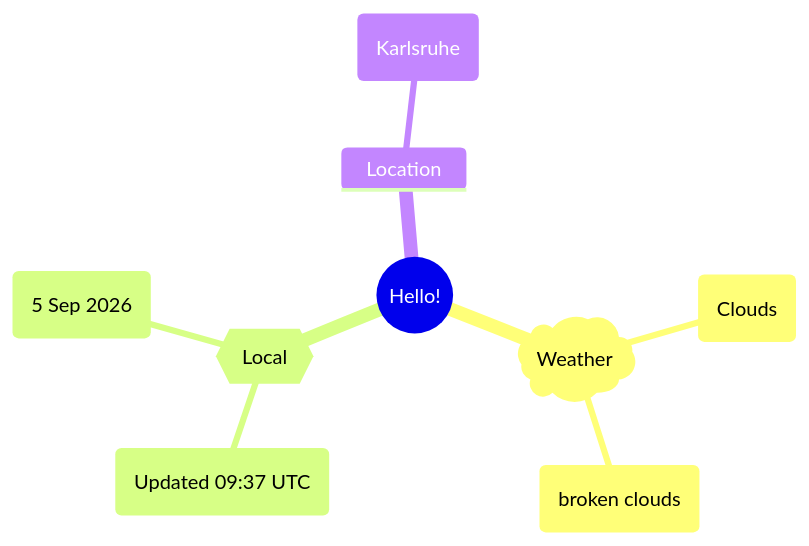
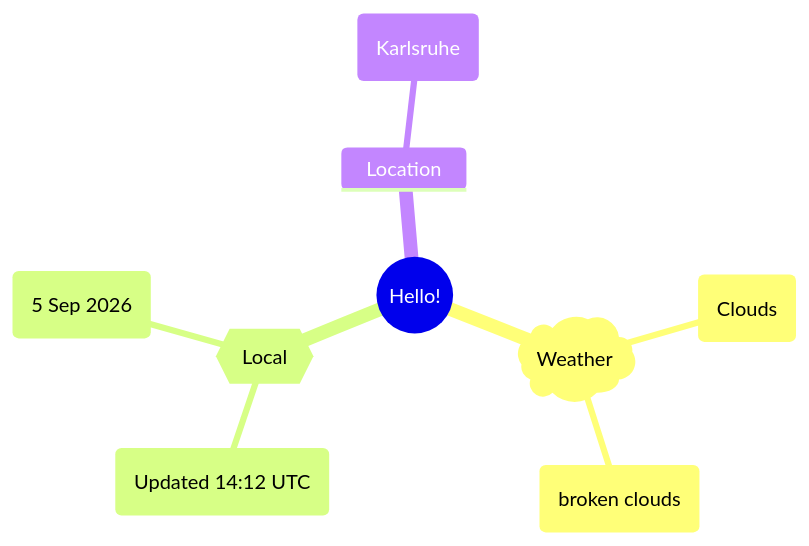
Before and after one commit to Xosrov/Xosrov: the first of 2 diagrams in README.md, drawn with Mermaid.

Commit message:
[bot] updated images

````diff
--- a/README.md
+++ b/README.md
@@ -3,12 +3,12 @@
 ```mermaid
 mindmap
   root((Hello!))
     )Weather(
         (Clouds)
         (broken clouds)
     {{Local}}
-        (Updated 09:37 UTC)
+        (Updated 14:12 UTC)
         (5 Sep 2026)
     Location
         (Karlsruhe)
 ```
````
